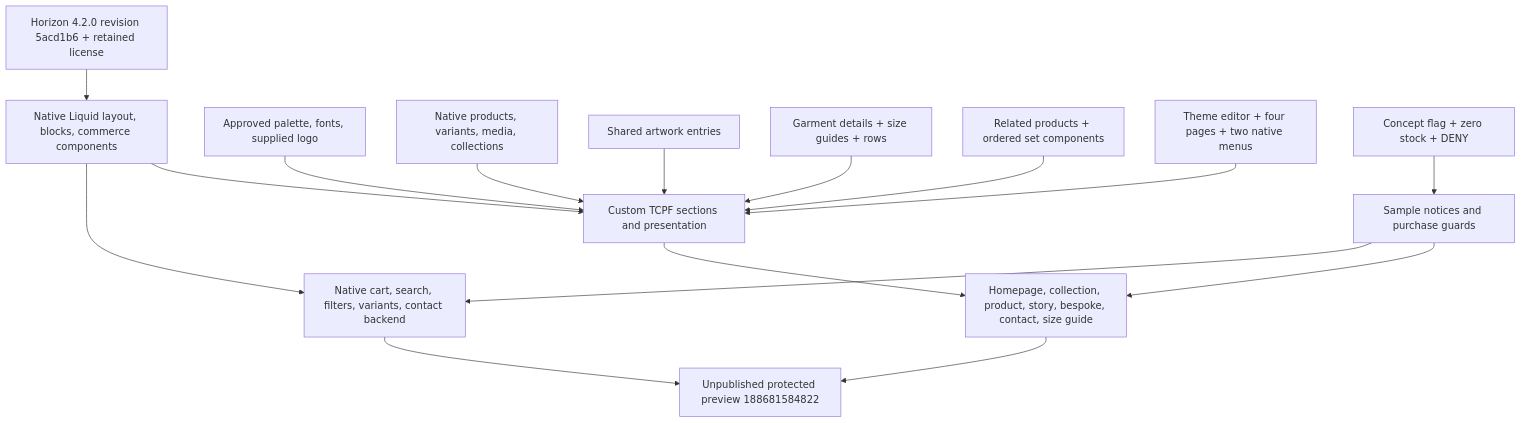
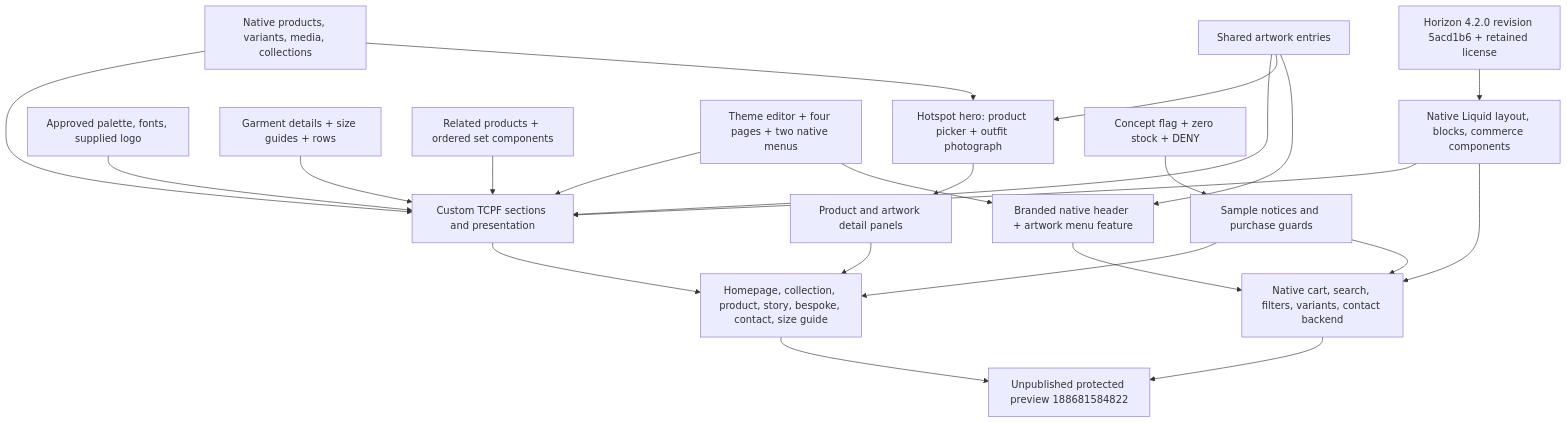
The first of 2 diagrams in docs/diagrams/shopify-theme-architecture.md (juppy-dev/tcpfbasics), drawn with Mermaid before and after one commit. The commit also changed other lines of this file and 5 other files, not shown here.

Commit message:
docs(theme): record hero and header revision handoff

````diff
--- a/docs/diagrams/shopify-theme-architecture.md
+++ b/docs/diagrams/shopify-theme-architecture.md
@@ -5,18 +5,25 @@
 ```mermaid
 flowchart TD
     H[Horizon 4.2.0 revision 5acd1b6 + retained license] --> N[Native Liquid layout, blocks, commerce components]
     B[Approved palette, fonts, supplied logo] --> UI[Custom TCPF sections and presentation]
     N --> UI
     P[Native products, variants, media, collections] --> UI
     A[Shared artwork entries] --> UI
     G[Garment details + size guides + rows] --> UI
     R[Related products + ordered set components] --> UI
     E[Theme editor + four pages + two native menus] --> UI
+    P --> HERO[Hotspot hero: product picker + outfit photograph]
+    A --> HERO
+    HERO --> DETAIL[Product and artwork detail panels]
+    DETAIL --> T
+    E --> HEADER[Branded native header + artwork menu feature]
+    A --> HEADER
+    HEADER --> C
     UI --> T[Homepage, collection, product, story, bespoke, contact, size guide]
     N --> C[Native cart, search, filters, variants, contact backend]
     S[Concept flag + zero stock + DENY] --> GUARD[Sample notices and purchase guards]
     GUARD --> T
     GUARD --> C
     T --> V[Unpublished protected preview 188681584822]
     C --> V
 ```
````
